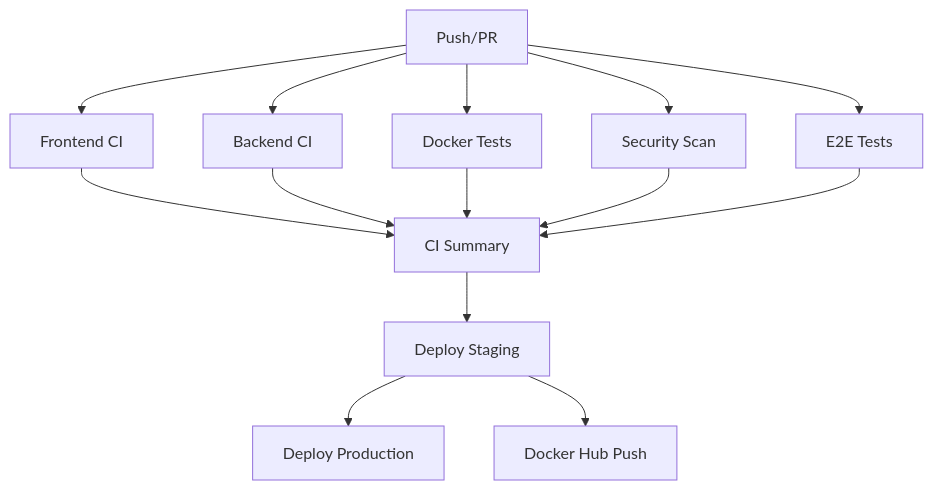
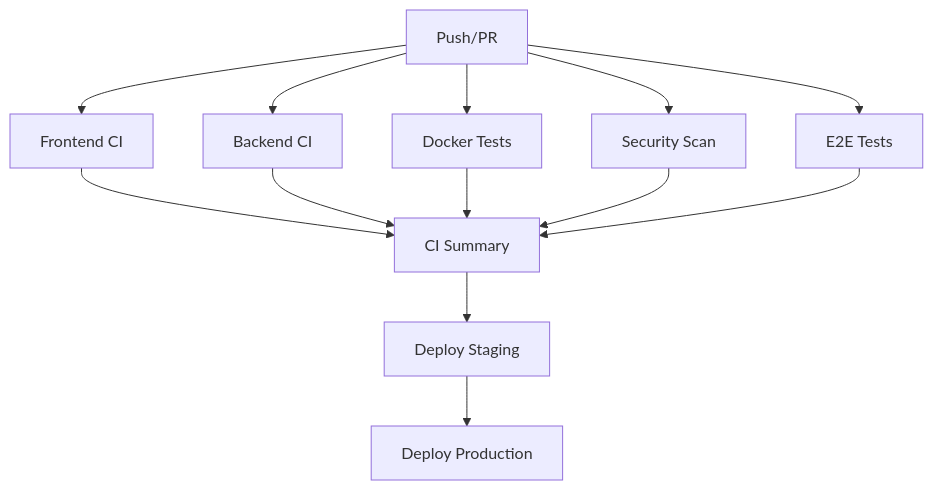
The diagram in .github/workflows/README.md (chartmann1590/Zenith-Task-A-Minimalist-Todo), drawn with Mermaid before and after one commit. The commit also changed other lines of this file and 3 other files, not shown here.

Commit message:
Remove Docker Hub push and update artifact uploads

````diff
--- a/.github/workflows/README.md
+++ b/.github/workflows/README.md
@@ -89,18 +88,17 @@
 ```mermaid
 graph TD
     A[Push/PR] --> B[Frontend CI]
     A --> C[Backend CI]
     A --> D[Docker Tests]
     A --> E[Security Scan]
     A --> F[E2E Tests]
     
     B --> G[CI Summary]
     C --> G
     D --> G
     E --> G
     F --> G
     
     G --> H[Deploy Staging]
     H --> I[Deploy Production]
-    H --> J[Docker Hub Push]
 ```
````
